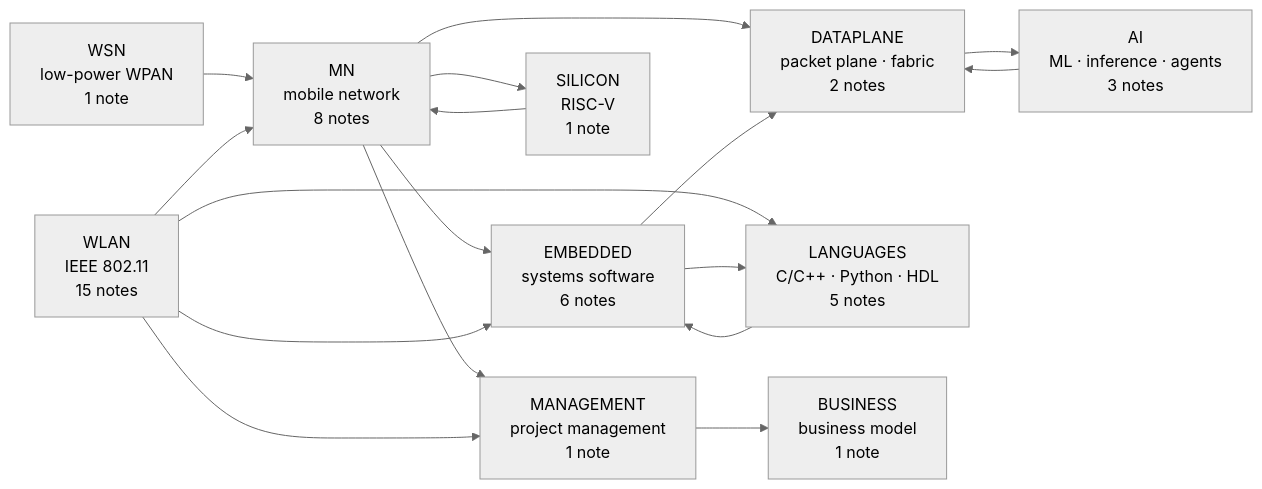
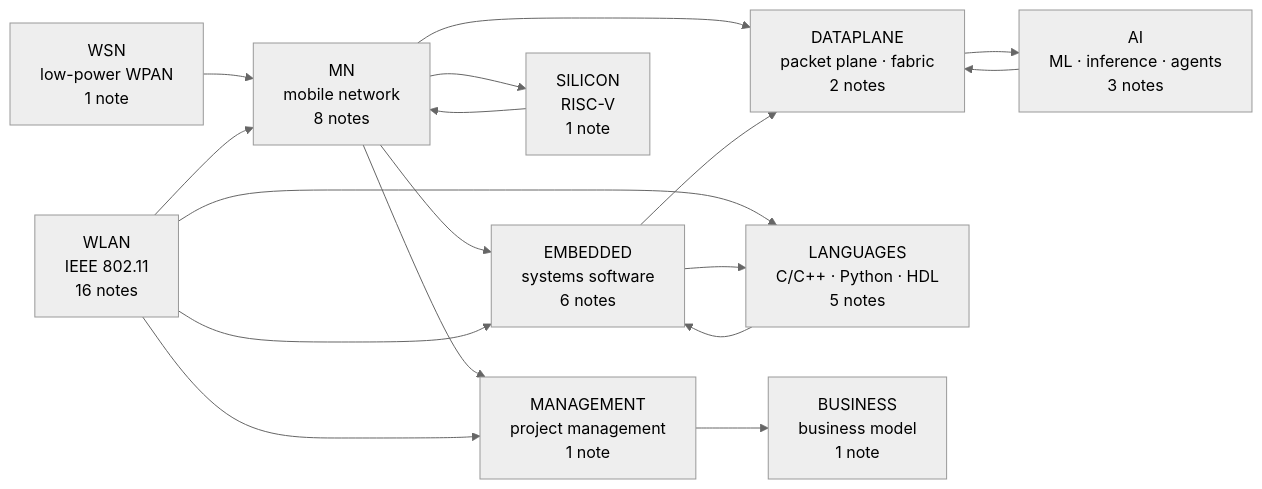
One commit to washingtonxr/xSkills changed the diagram in knowledge-graph/00 MOC - Comms x Compute x AI Knowledge Graph.md. Above: the diagram before and after it, drawn with Mermaid (neutral theme). The commit also changed other lines of this file and 36 other files, not shown here.

Commit message:
Refine wlan notes.

````diff
--- a/knowledge-graph/00 MOC - Comms x Compute x AI Knowledge Graph.md
+++ b/knowledge-graph/00 MOC - Comms x Compute x AI Knowledge Graph.md
@@ -37,30 +37,30 @@
 ```mermaid
 flowchart LR
     MN["MN<br/>mobile network<br/>8 notes"]
-    WLAN["WLAN<br/>IEEE 802.11<br/>15 notes"]
+    WLAN["WLAN<br/>IEEE 802.11<br/>16 notes"]
     WSN["WSN<br/>low-power WPAN<br/>1 note"]
     EMBEDDED["EMBEDDED<br/>systems software<br/>6 notes"]
     DATAPLANE["DATAPLANE<br/>packet plane · fabric<br/>2 notes"]
     AI["AI<br/>ML · inference · agents<br/>3 notes"]
     SILICON["SILICON<br/>RISC-V<br/>1 note"]
     LANGUAGES["LANGUAGES<br/>C/C++ · Python · HDL<br/>5 notes"]
     MANAGEMENT["MANAGEMENT<br/>project management<br/>1 note"]
     BUSINESS["BUSINESS<br/>business model<br/>1 note"]
 
     WSN --> MN
     WLAN --> MN
     MN --> EMBEDDED
     MN --> DATAPLANE
     MN --> SILICON
     SILICON --> MN
     WLAN --> EMBEDDED
     WLAN --> LANGUAGES
     EMBEDDED --> LANGUAGES
     LANGUAGES --> EMBEDDED
     EMBEDDED --> DATAPLANE
     DATAPLANE --> AI
     AI --> DATAPLANE
     MN --> MANAGEMENT
     WLAN --> MANAGEMENT
     MANAGEMENT --> BUSINESS
 ```
````
